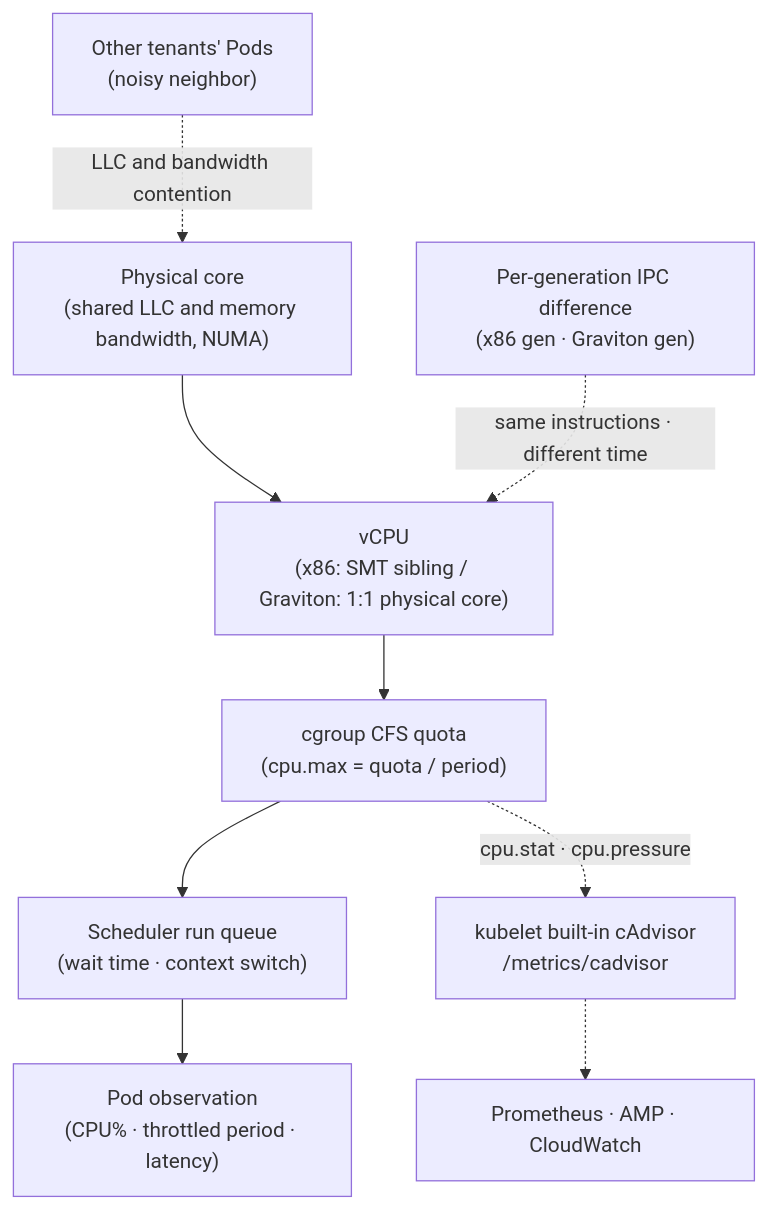
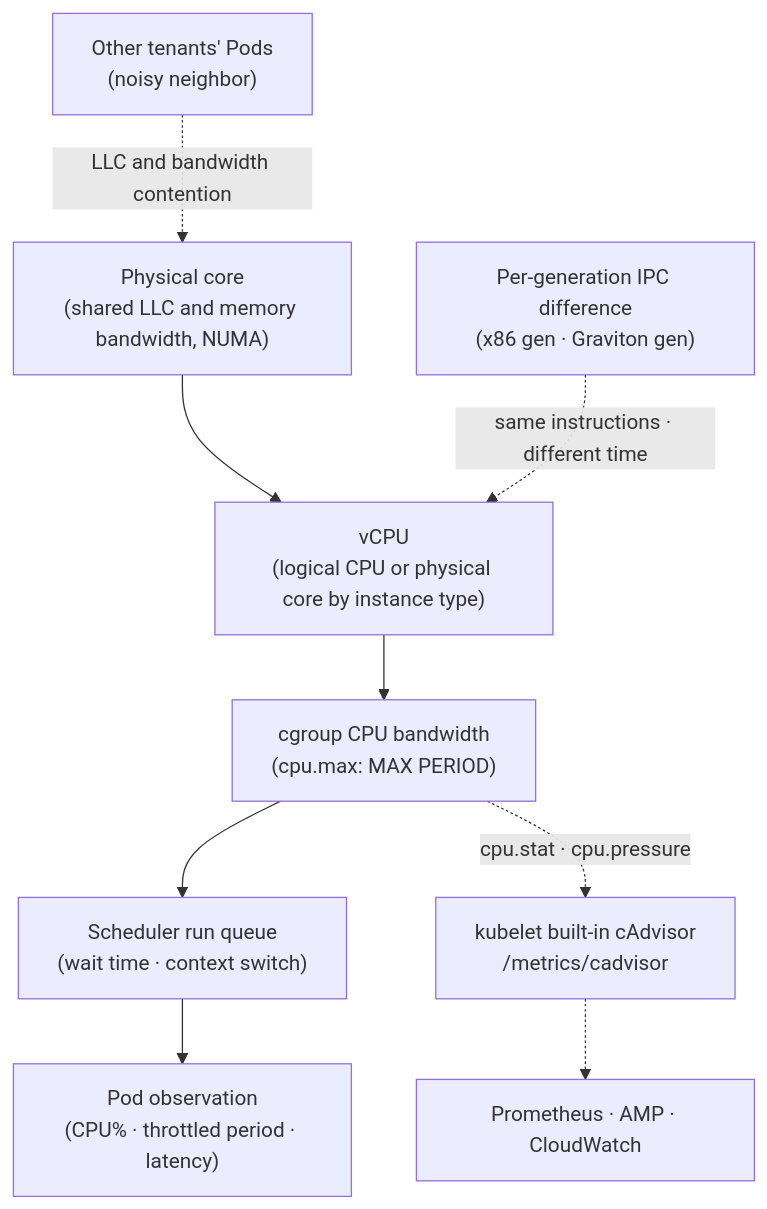
The diagram in i18n/en/docusaurus-plugin-content-docs/current/eks-best-practices/resource-cost/cpu-sizing-comparability.md (devfloor9/engineering-playbook), drawn with Mermaid before and after one commit. The commit also changed other lines of this file and 10 other files, not shown here.

````diff
--- a/i18n/en/docusaurus-plugin-content-docs/current/eks-best-practices/resource-cost/cpu-sizing-comparability.md
+++ b/i18n/en/docusaurus-plugin-content-docs/current/eks-best-practices/resource-cost/cpu-sizing-comparability.md
@@ -51,11 +53,11 @@
 ```mermaid
 flowchart TB
-    PC["Physical core<br/>(shared LLC and memory bandwidth, NUMA)"] --> VCPU["vCPU<br/>(x86: SMT sibling / Graviton: 1:1 physical core)"]
-    VCPU --> CG["cgroup CFS quota<br/>(cpu.max = quota / period)"]
+    PC["Physical core<br/>(shared LLC and memory bandwidth, NUMA)"] --> VCPU["vCPU<br/>(logical CPU or physical core by instance type)"]
+    VCPU --> CG["cgroup CPU bandwidth<br/>(cpu.max: MAX PERIOD)"]
     CG --> RQ["Scheduler run queue<br/>(wait time · context switch)"]
     RQ --> OBS["Pod observation<br/>(CPU% · throttled period · latency)"]
     NOISE["Other tenants' Pods<br/>(noisy neighbor)"] -.->|LLC and bandwidth contention| PC
     IPC["Per-generation IPC difference<br/>(x86 gen · Graviton gen)"] -.->|same instructions · different time| VCPU
     CG -.->|cpu.stat · cpu.pressure| MET["kubelet built-in cAdvisor<br/>/metrics/cadvisor"]
     MET -.-> SINK["Prometheus · AMP · CloudWatch"]
 ```
````
